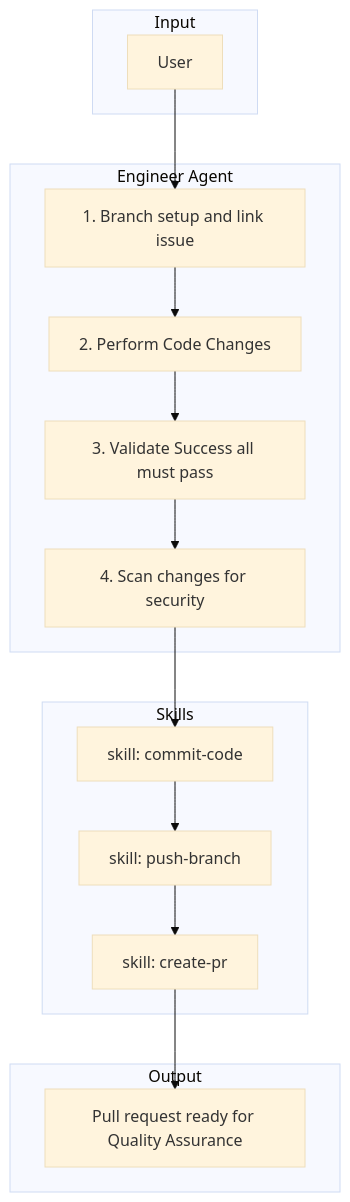
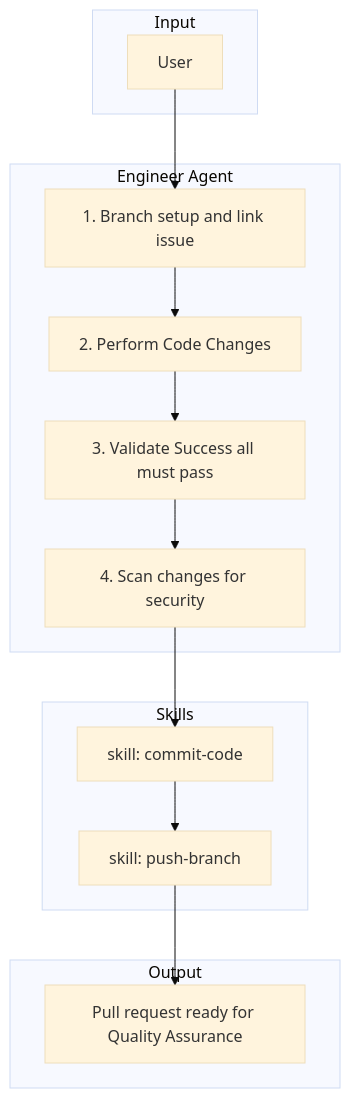
The diagram in docs/agents/engineer.md (alto9/forge), drawn with Mermaid (base theme) before and after one commit. The commit also changed other lines of this file and 16 other files, not shown here.

````diff
--- a/docs/agents/engineer.md
+++ b/docs/agents/engineer.md
@@ -13,32 +13,30 @@
 ```mermaid
 flowchart TD
     subgraph Input
         A[User]
     end
 
     subgraph EngineerAgent["Engineer Agent"]
         B0[1. Branch setup and link issue]
         B[2. Perform Code Changes]
         C[3. Validate Success all must pass]
         D[4. Scan changes for security]
     end
 
     subgraph Skills["Skills"]
         H[skill: commit-code]
         I[skill: push-branch]
-        J[skill: create-pr]
     end
 
     subgraph Output
         K[Pull request ready for Quality Assurance]
     end
 
     A --> B0
     B0 --> B
     B --> C
     C --> D
     D --> H
     H --> I
-    I --> J
-    J --> K
+    I --> K
 ```
````
